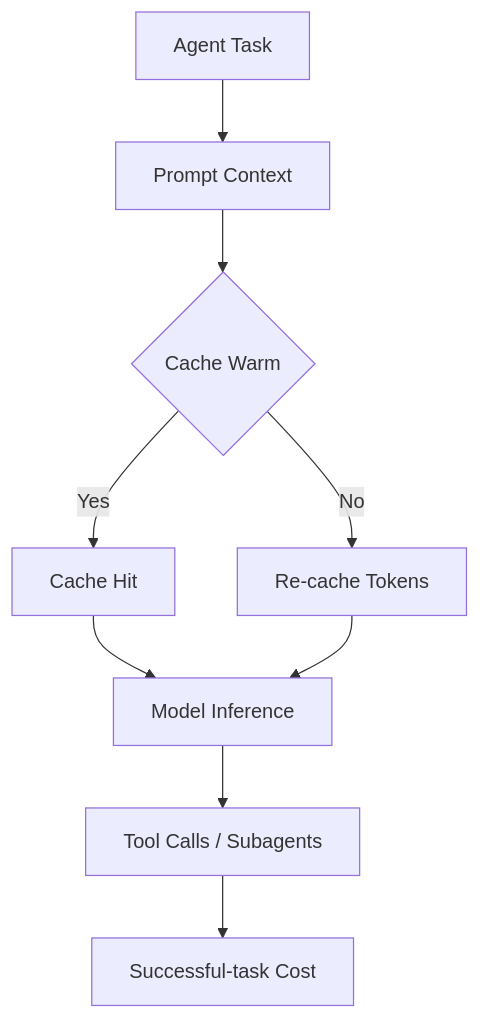
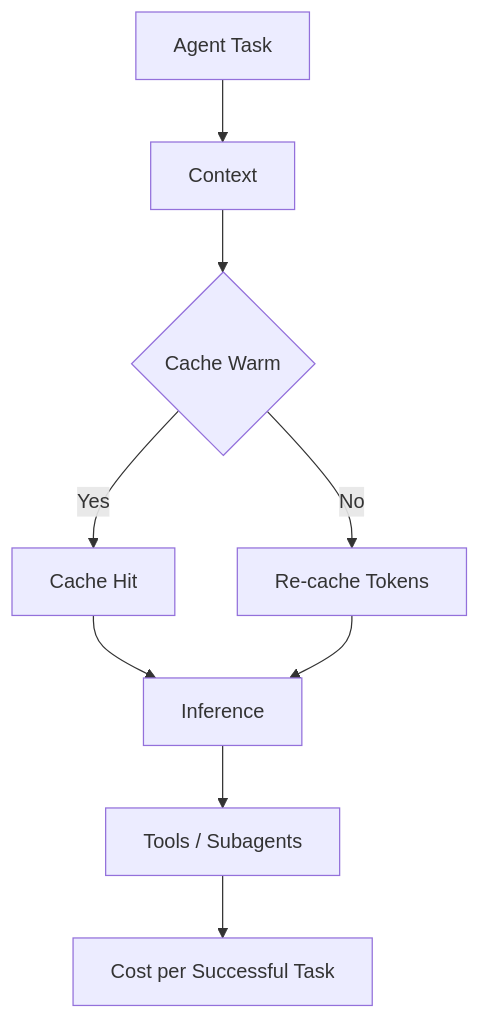
One commit to wlf186/ai-daily-headlines changed diagram 16 of 20 in 260829.md. Above: the diagram before and after it, drawn with Mermaid. The commit also changed other lines of this file, not shown here.

````diff
--- a/260829.md
+++ b/260829.md
@@ -808,11 +727,11 @@
 ```mermaid
 flowchart TD
-    CC1[Agent Task] --> CC2[Prompt Context]
+    CC1[Agent Task] --> CC2[Context]
     CC2 --> CC3{Cache Warm}
     CC3 -- Yes --> CC4[Cache Hit]
     CC3 -- No --> CC5[Re-cache Tokens]
-    CC4 --> CC6[Model Inference]
+    CC4 --> CC6[Inference]
     CC5 --> CC6
-    CC6 --> CC7[Tool Calls / Subagents]
-    CC7 --> CC8[Successful-task Cost]
+    CC6 --> CC7[Tools / Subagents]
+    CC7 --> CC8[Cost per Successful Task]
 ```
````
